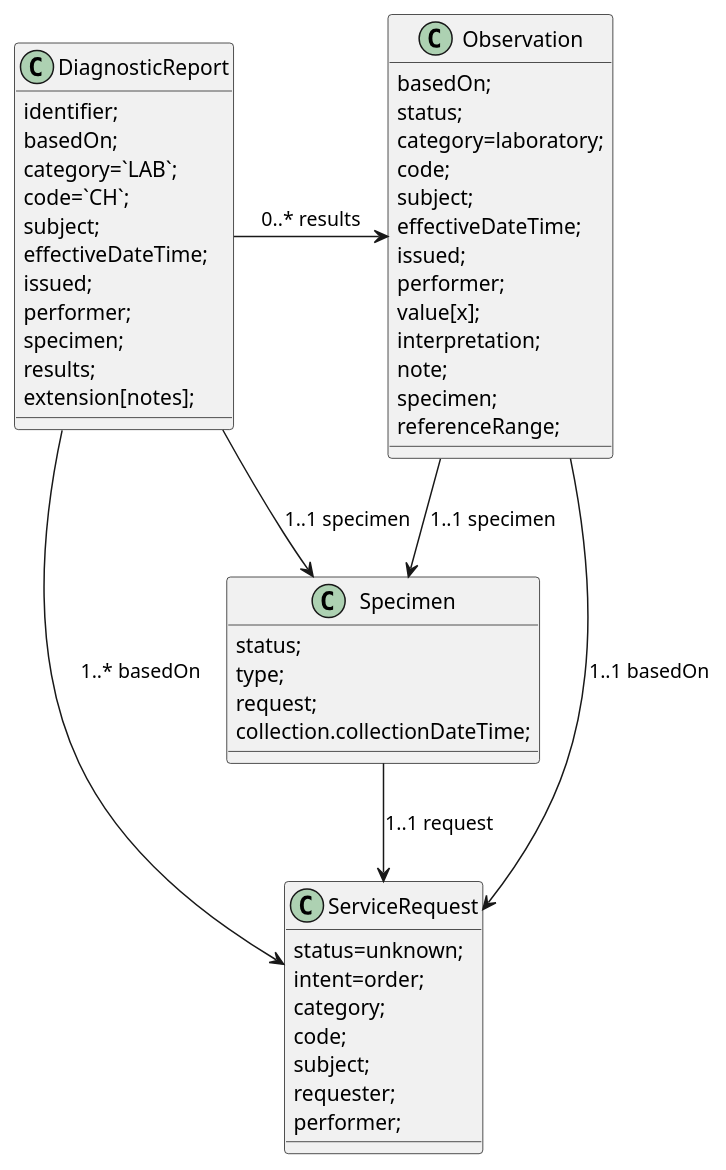
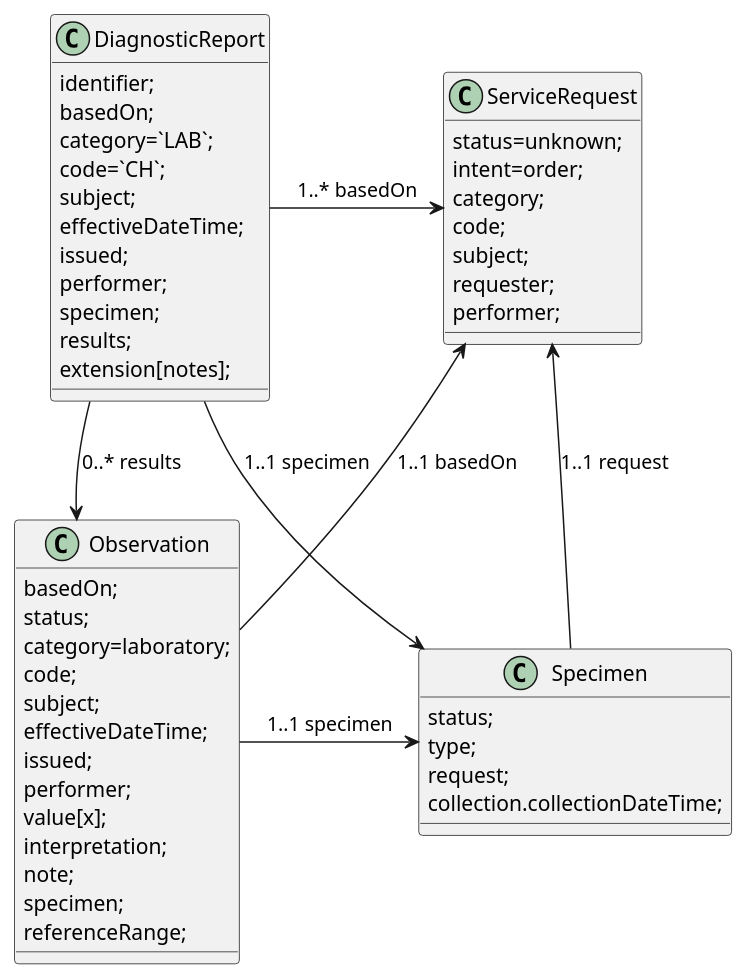
One commit to department-of-veterans-affairs/mhv-fhir-phr-mapping changed the diagram in input/images-source/chLab.plantuml. Above: the diagram before and after it, drawn with PlantUML.

Commit message:
adjust chLab figure layout

```diff
--- a/input/images-source/chLab.plantuml
+++ b/input/images-source/chLab.plantuml
@@ -1,55 +1,55 @@
 @startuml
 skinparam svgDimensionStyle false
 
 class DiagnosticReport {
     identifier;
     basedOn;
     category=`LAB`;
     code=`CH`;
     subject;
     effectiveDateTime;
     issued;
     performer;
     specimen;
     results;
     extension[notes];
 }
 class ServiceRequest {
     status=unknown;
     intent=order;
     category;
     code;
     subject;
     requester;
     performer;
 }
 class Specimen {
     status;
     type;
     request;
     collection.collectionDateTime;
 }
 class Observation {
     basedOn;
     status;
     category=laboratory;
     code;
     subject;
     effectiveDateTime;
     issued;
     performer;
     value[x];
     interpretation;
     note;
     specimen;
     referenceRange;
 }
 
-DiagnosticReport -right-> Specimen: 1..1 specimen
+DiagnosticReport -down-> Specimen: 1..1 specimen
+Specimen -right-> ServiceRequest: 1..1 request
 DiagnosticReport -right-> ServiceRequest: 1..* basedOn
-DiagnosticReport -right-> Observation: 0..* results
-Observation --> ServiceRequest: 1..1 basedOn
-Observation --> Specimen: 1..1 specimen
-Specimen --> ServiceRequest: 1..1 request
+Observation -up-> ServiceRequest: 1..1 basedOn
+DiagnosticReport -down-> Observation: 0..* results
+Observation -right-> Specimen: 1..1 specimen
 
 @enduml
```
